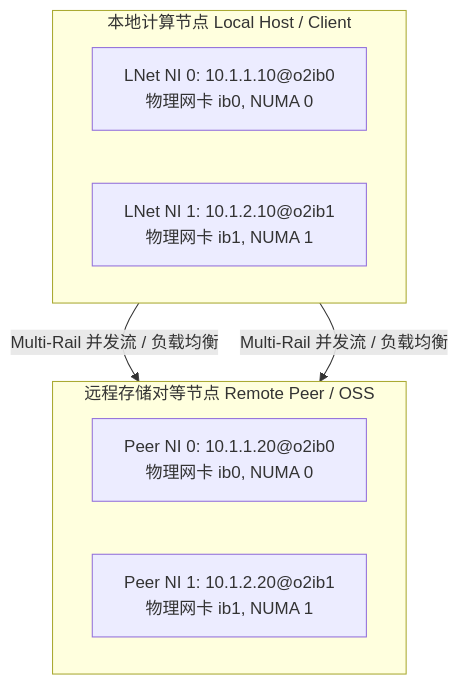
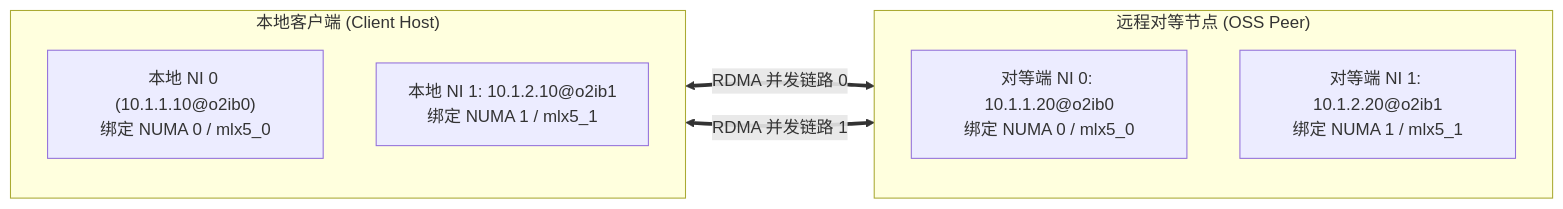
The second of 5 diagrams in part-01-foundation/02-lnet.md (lilinji/lustre-book), drawn with Mermaid before and after one commit. The commit also changed other lines of this file and 227 other files, not shown here.

First line of the commit message:
feat: complete 29-chapter rewrite with 75 diagrams and new GPT-style white book cover

````diff
--- a/part-01-foundation/02-lnet.md
+++ b/part-01-foundation/02-lnet.md
@@ -75,16 +87,17 @@
 ```mermaid
-flowchart TD
-    subgraph LOCAL["本地计算节点 Local Host / Client"]
-        direction LR
-        NI0["LNet NI 0: 10.1.1.10@o2ib0<br/>物理网卡 ib0, NUMA 0"]
-        NI1["LNet NI 1: 10.1.2.10@o2ib1<br/>物理网卡 ib1, NUMA 1"]
-    end
-    subgraph REMOTE["远程存储对等节点 Remote Peer / OSS"]
-        direction LR
-        PNI0["Peer NI 0: 10.1.1.20@o2ib0<br/>物理网卡 ib0, NUMA 0"]
-        PNI1["Peer NI 1: 10.1.2.20@o2ib1<br/>物理网卡 ib1, NUMA 1"]
+flowchart LR
+    subgraph Client_Host ["本地客户端 (Client Host)"]
+        direction TB
+        L_NI0["本地 NI 0 (10.1.1.10@o2ib0)<br/>绑定 NUMA 0 / mlx5_0"]
+        L_NI1["本地 NI 1: 10.1.2.10@o2ib1<br/>绑定 NUMA 1 / mlx5_1"]
     end
 
-    NI0 -->|"Multi-Rail 并发流 / 负载均衡"| PNI0
-    NI1 -->|"Multi-Rail 并发流 / 负载均衡"| PNI1
+    subgraph OSS_Peer ["远程对等节点 (OSS Peer)"]
+        direction TB
+        P_NI0["对等端 NI 0: 10.1.1.20@o2ib0<br/>绑定 NUMA 0 / mlx5_0"]
+        P_NI1["对等端 NI 1: 10.1.2.20@o2ib1<br/>绑定 NUMA 1 / mlx5_1"]
+    end
+
+    L_NI0 <==>|"RDMA 并发链路 0"| P_NI0
+    L_NI1 <==>|"RDMA 并发链路 1"| P_NI1
 ```
````
